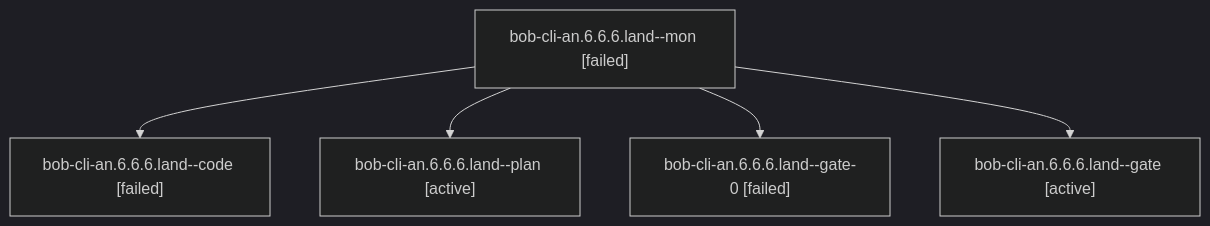
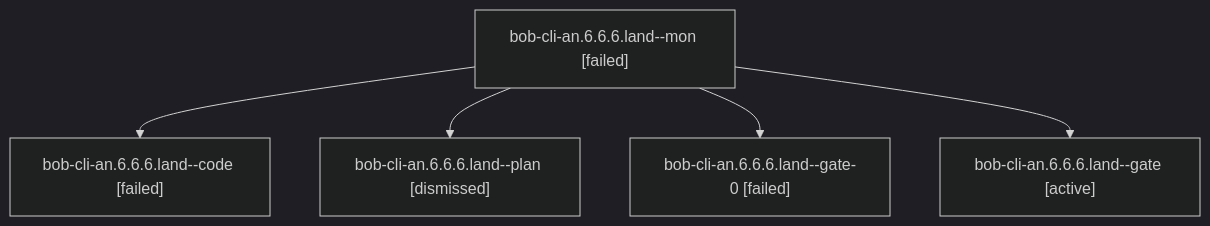
Before and after one commit to bobs-org/bob-cli--agents: the diagram in sessions/bbugyi200.athena.bob-cli-an.6.6.6.land.md, drawn with Mermaid (dark theme). The commit also changed other lines of this file and 551 other files, not shown here.

````diff
--- a/sessions/bbugyi200.athena.bob-cli-an.6.6.6.land.md
+++ b/sessions/bbugyi200.athena.bob-cli-an.6.6.6.land.md
@@ -9,12 +9,12 @@
 ```mermaid
 flowchart TD
   n0["bob-cli-an.6.6.6.land--mon [failed]"]
   n1["bob-cli-an.6.6.6.land--code [failed]"]
   n0 --> n1
-  n2["bob-cli-an.6.6.6.land--plan [active]"]
+  n2["bob-cli-an.6.6.6.land--plan [dismissed]"]
   n0 --> n2
   n3["bob-cli-an.6.6.6.land--gate-0 [failed]"]
   n0 --> n3
   n4["bob-cli-an.6.6.6.land--gate [active]"]
   n0 --> n4
 ```
````
